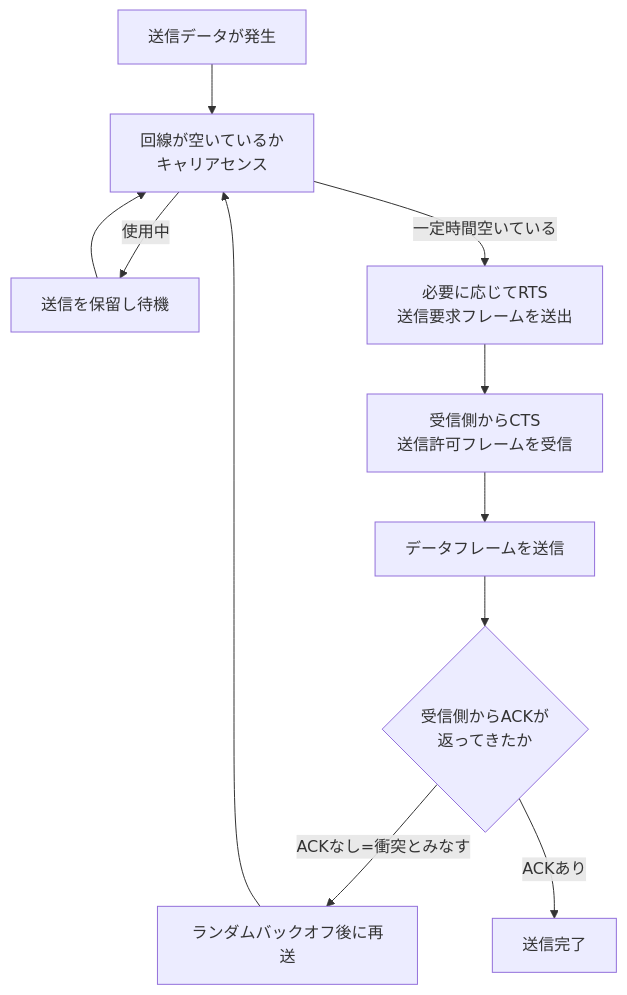
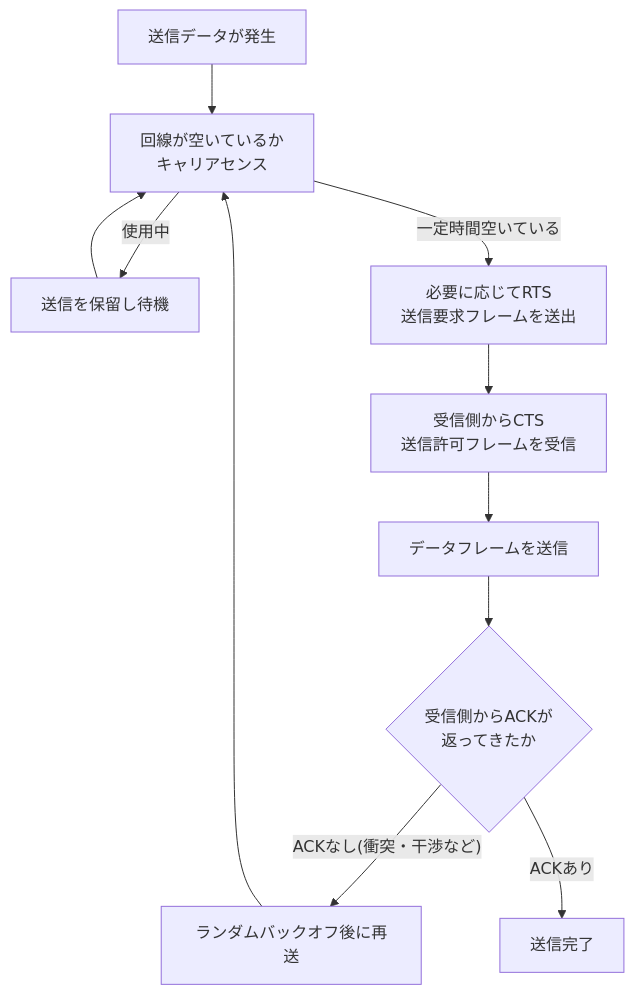
Before and after one commit to myoshi2891/Cloud-Infrastructure-Studies: the seventh of 21 diagrams in Computer-networks-tanenbaum.md, drawn with Mermaid. The commit also changed other lines of this file and 2 other files, not shown here.

Commit message:
docs: update Computer Networks and Professional Agentic Architect study guides

````diff
--- a/Computer-networks-tanenbaum.md
+++ b/Computer-networks-tanenbaum.md
@@ -284,13 +297,13 @@
 ```mermaid
 flowchart TD
     Start2["送信データが発生"] --> Sense2["回線が空いているか<br/>キャリアセンス"]
     Sense2 -->|使用中| Defer["送信を保留し待機"]
     Defer --> Sense2
     Sense2 -->|一定時間空いている| RTS["必要に応じてRTS<br/>送信要求フレームを送出"]
     RTS --> CTS["受信側からCTS<br/>送信許可フレームを受信"]
     CTS --> Send2["データフレームを送信"]
     Send2 --> ACK{"受信側からACKが<br/>返ってきたか"}
-    ACK -->|ACKなし=衝突とみなす| Backoff2["ランダムバックオフ後に再送"]
+    ACK -->|"ACKなし(衝突・干渉など)"| Backoff2["ランダムバックオフ後に再送"]
     Backoff2 --> Sense2
     ACK -->|ACKあり| Done2["送信完了"]
 ```
````
